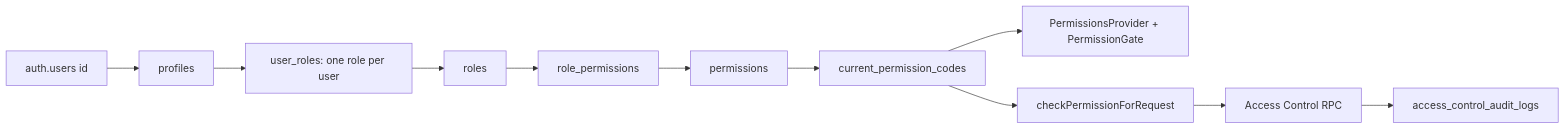
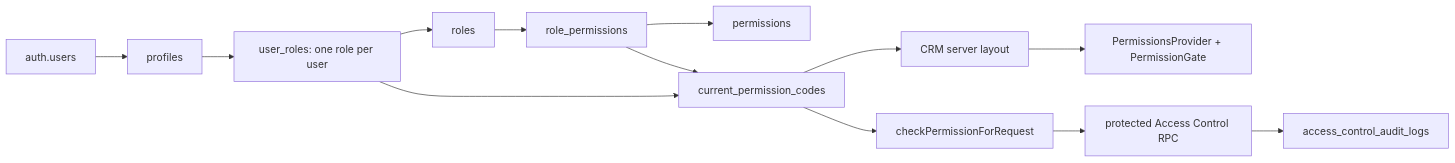
Before and after one commit to ThanhBinhAG/TheAntAdventure: diagram 11 of 11 in docs/GRAPHRAG-MEMORY.md, drawn with Mermaid. The commit also changed other lines of this file and 22 other files, not shown here.

````diff
--- a/docs/GRAPHRAG-MEMORY.md
+++ b/docs/GRAPHRAG-MEMORY.md
@@ -376,13 +379,15 @@
 ```mermaid
 flowchart LR
-  USER[auth.users id] --> PROFILE[profiles]
+  AUTH[auth.users] --> PROFILE[profiles]
   PROFILE --> UR[user_roles: one role per user]
   UR --> ROLE[roles]
   ROLE --> RP[role_permissions]
   RP --> PERM[permissions]
-  PERM --> RPC[current_permission_codes]
-  RPC --> UI[PermissionsProvider + PermissionGate]
-  RPC --> API[checkPermissionForRequest]
-  API --> DBRPC[Access Control RPC]
+  UR --> CODES[current_permission_codes]
+  RP --> CODES
+  CODES --> LAYOUT[CRM server layout]
+  LAYOUT --> UI[PermissionsProvider + PermissionGate]
+  CODES --> API[checkPermissionForRequest]
+  API --> DBRPC[protected Access Control RPC]
   DBRPC --> AUDIT[access_control_audit_logs]
 ```
````
